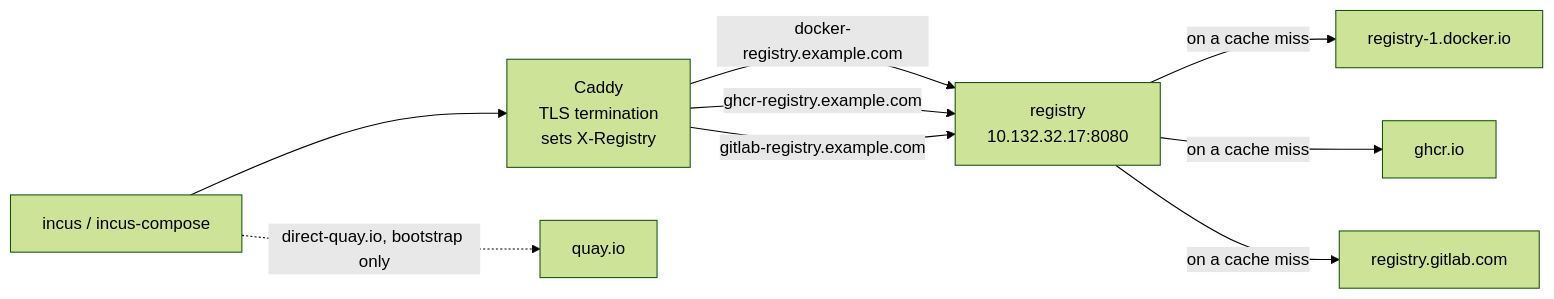
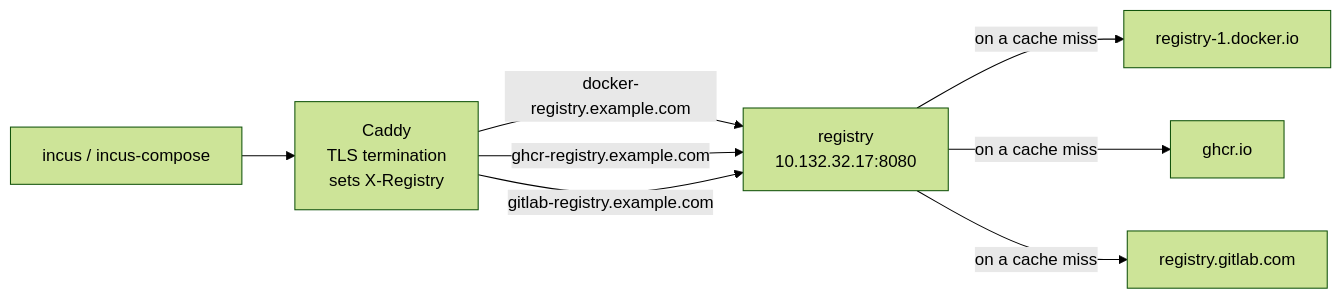
Before and after one commit to jochumdev/incus-compose-docs: the diagram in root/examples/oci-registry-cache.md, drawn with Mermaid (forest theme). The commit also changed other lines of this file, not shown here.

````diff
--- a/root/examples/oci-registry-cache.md
+++ b/root/examples/oci-registry-cache.md
@@ -38,14 +38,12 @@
 ```mermaid
 flowchart LR
     IC["incus / incus-compose"] --> CAD["Caddy<br/>TLS termination<br/>sets X-Registry"]
 
     CAD -->|docker-registry.example.com| R["registry<br/>10.132.32.17:8080"]
     CAD -->|ghcr-registry.example.com| R
     CAD -->|gitlab-registry.example.com| R
 
     R -->|on a cache miss| U1[registry-1.docker.io]
     R -->|on a cache miss| U2[ghcr.io]
     R -->|on a cache miss| U3[registry.gitlab.com]
-
-    IC -.->|"direct-quay.io, bootstrap only"| U4[quay.io]
 ```
````
